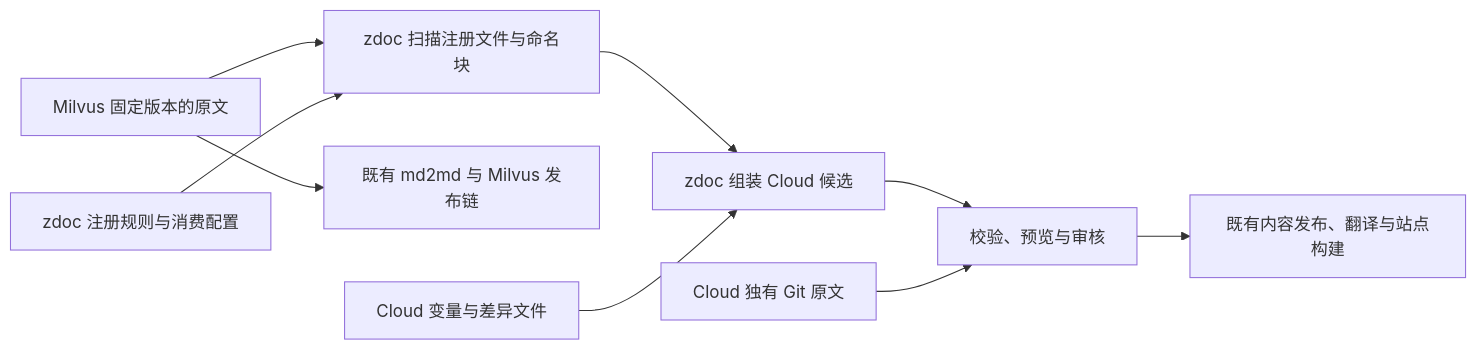
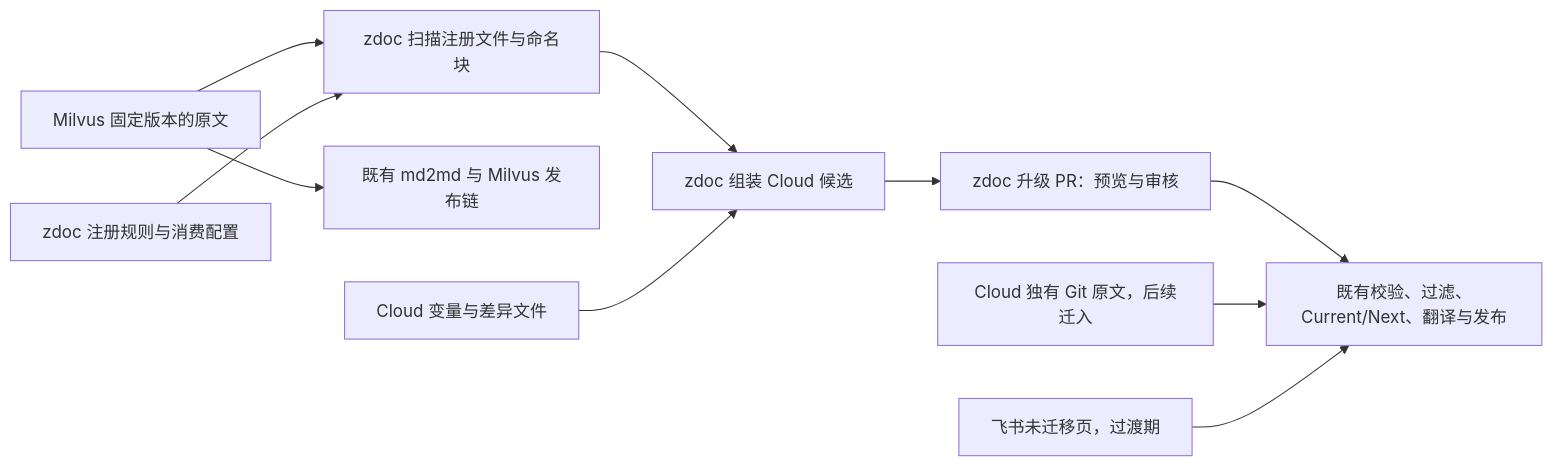
Before and after one commit to liyun95/milvus-zilliz-docs-design: the diagram in docs/architecture.md, drawn with Mermaid. The commit also changed other lines of this file and 22 other files, not shown here.

````diff
--- a/docs/architecture.md
+++ b/docs/architecture.md
@@ -24,11 +26,12 @@
 ```mermaid
 flowchart LR
     S[Milvus 固定版本的原文] --> R[zdoc 扫描注册文件与命名块]
     S --> M[既有 md2md 与 Milvus 发布链]
     C[zdoc 注册规则与消费配置] --> R
     R --> A[zdoc 组装 Cloud 候选]
     V[Cloud 变量与差异文件] --> A
-    A --> Q[校验、预览与审核]
-    L[Cloud 独有 Git 原文] --> Q
-    Q --> P[既有内容发布、翻译与站点构建]
+    A --> Q[zdoc 升级 PR：预览与审核]
+    Q --> P[既有校验、过滤、Current/Next、翻译与发布]
+    L[Cloud 独有 Git 原文，后续迁入] --> P
+    F[飞书未迁移页，过渡期] --> P
 ```
````
